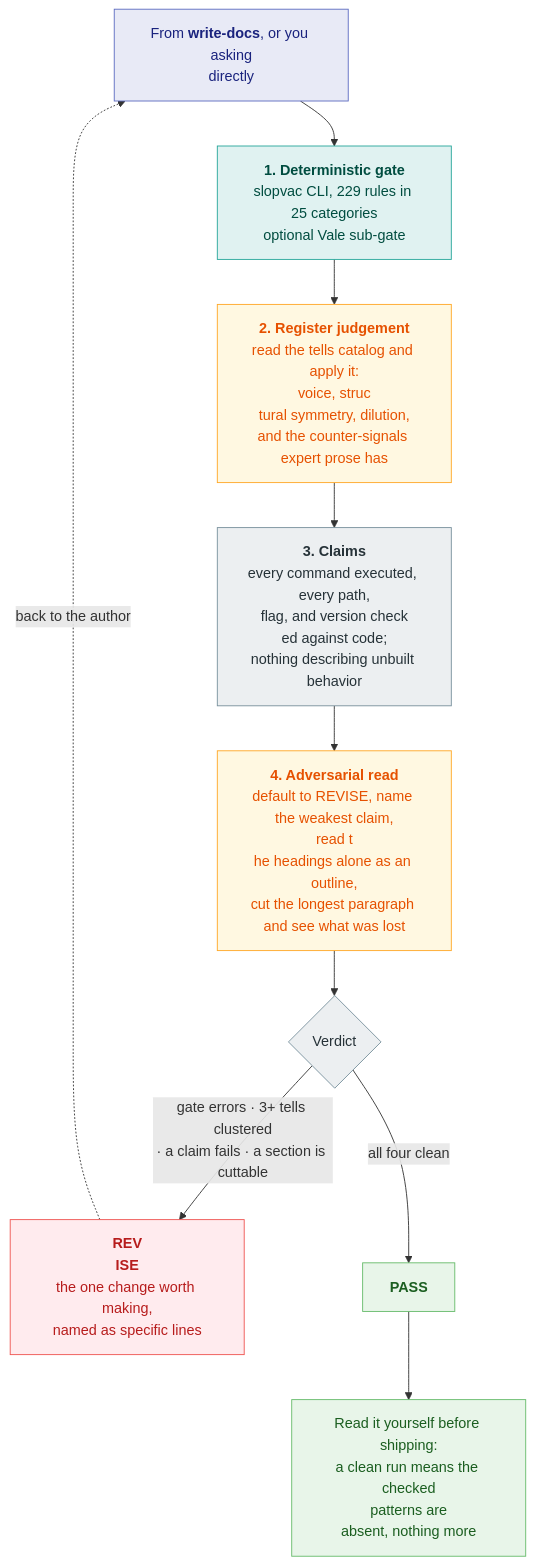
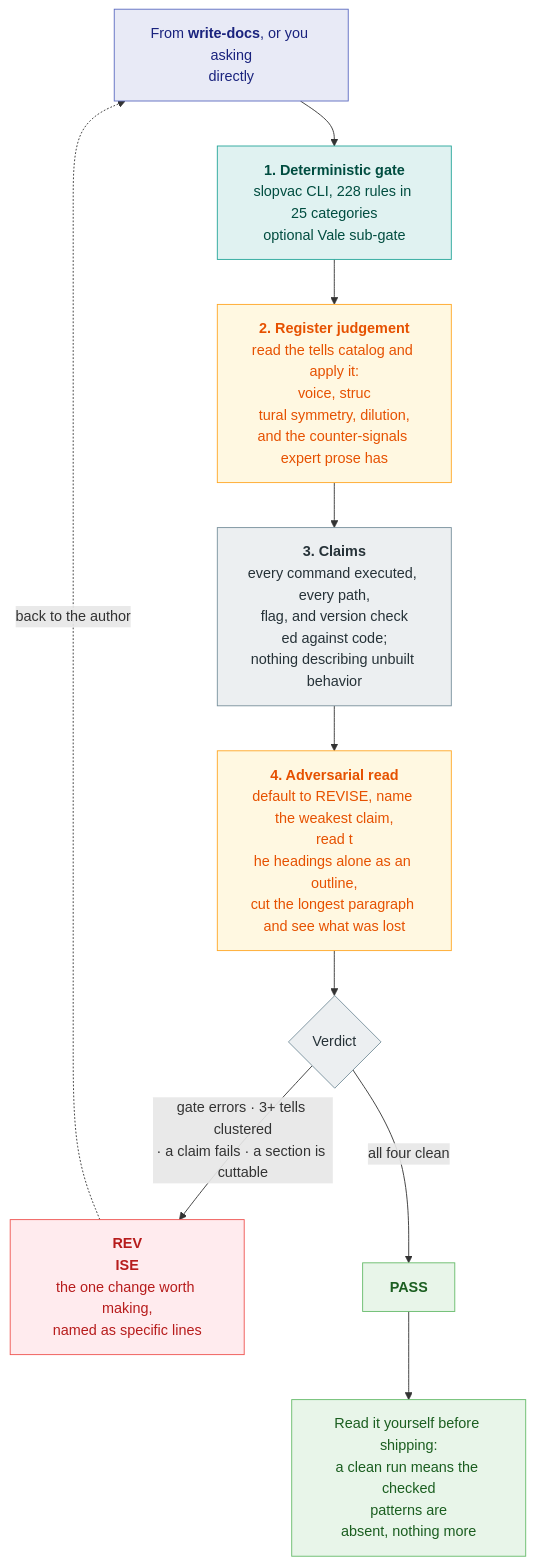
Before and after one commit to srobroek/slopvac: the second of 2 diagrams in README.md, drawn with Mermaid. The commit also changed other lines of this file and 1 other file, not shown here.

````diff
--- a/README.md
+++ b/README.md
@@ -106,41 +106,41 @@
 ```mermaid
 flowchart TD
     IN["From <b>write-docs</b>, or you asking<br/>directly"]
 
     IN --> GATE
 
-    GATE["<b>1. Deterministic gate</b><br/>slopvac CLI, 229 rules in 25 categories<br/>optional Vale sub-gate"]
+    GATE["<b>1. Deterministic gate</b><br/>slopvac CLI, 228 rules in 25 categories<br/>optional Vale sub-gate"]
 
     GATE --> REG["<b>2. Register judgement</b><br/>read the tells catalog and apply it:<br/>voice, struc
 tural symmetry, dilution,<br/>and the counter-signals expert prose has"]
 
     REG --> CLAIMS["<b>3. Claims</b><br/>every command executed, every path,<br/>flag, and version check
 ed against code;<br/>nothing describing unbuilt behavior"]
 
     CLAIMS --> CUT["<b>4. Adversarial read</b><br/>default to REVISE, name the weakest claim,<br/>read t
 he headings alone as an outline,<br/>cut the longest paragraph and see what was lost"]
 
     CUT --> V{"Verdict"}
 
     V -->|"gate errors · 3+ tells clustered<br/>· a claim fails · a section is cuttable"| REVISE["<b>REV
 ISE</b><br/>the one change worth making,<br/>named as specific lines"]
     V -->|"all four clean"| PASS["<b>PASS</b>"]
 
     REVISE -.->|back to the author| IN
     PASS --> SHIP["Read it yourself before shipping:<br/>a clean run means the checked<br/>patterns are
 absent, nothing more"]
 
     classDef you fill:#e8eaf6,stroke:#5c6bc0,color:#1a237e
     classDef det fill:#e0f2f1,stroke:#26a69a,color:#004d40
     classDef jud fill:#fff8e1,stroke:#ffa726,color:#e65100
     classDef work fill:#eceff1,stroke:#78909c,color:#263238
     classDef bad fill:#ffebee,stroke:#ef5350,color:#b71c1c
     classDef good fill:#e8f5e9,stroke:#66bb6a,color:#1b5e20
 
     class IN you
     class GATE det
     class REG,CUT jud
     class CLAIMS,V work
     class REVISE bad
     class PASS,SHIP good
 ```
````
